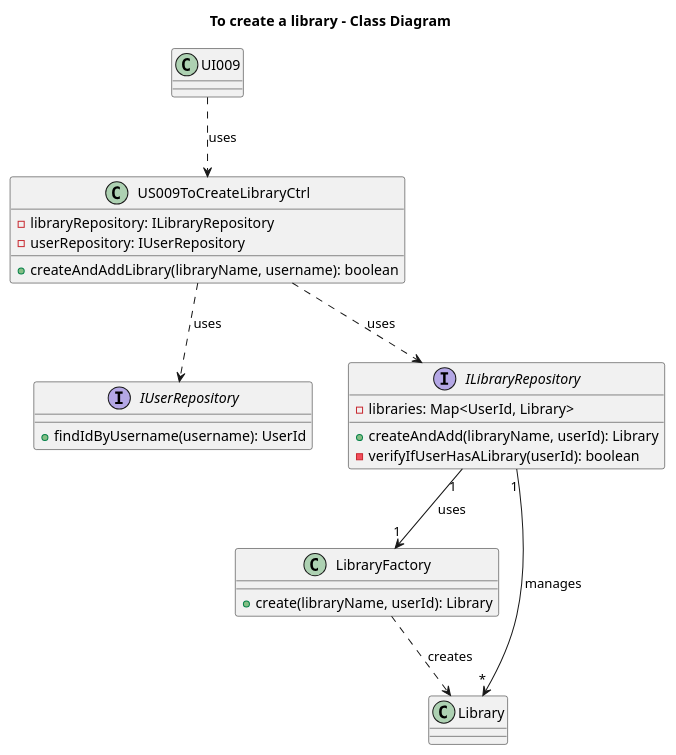
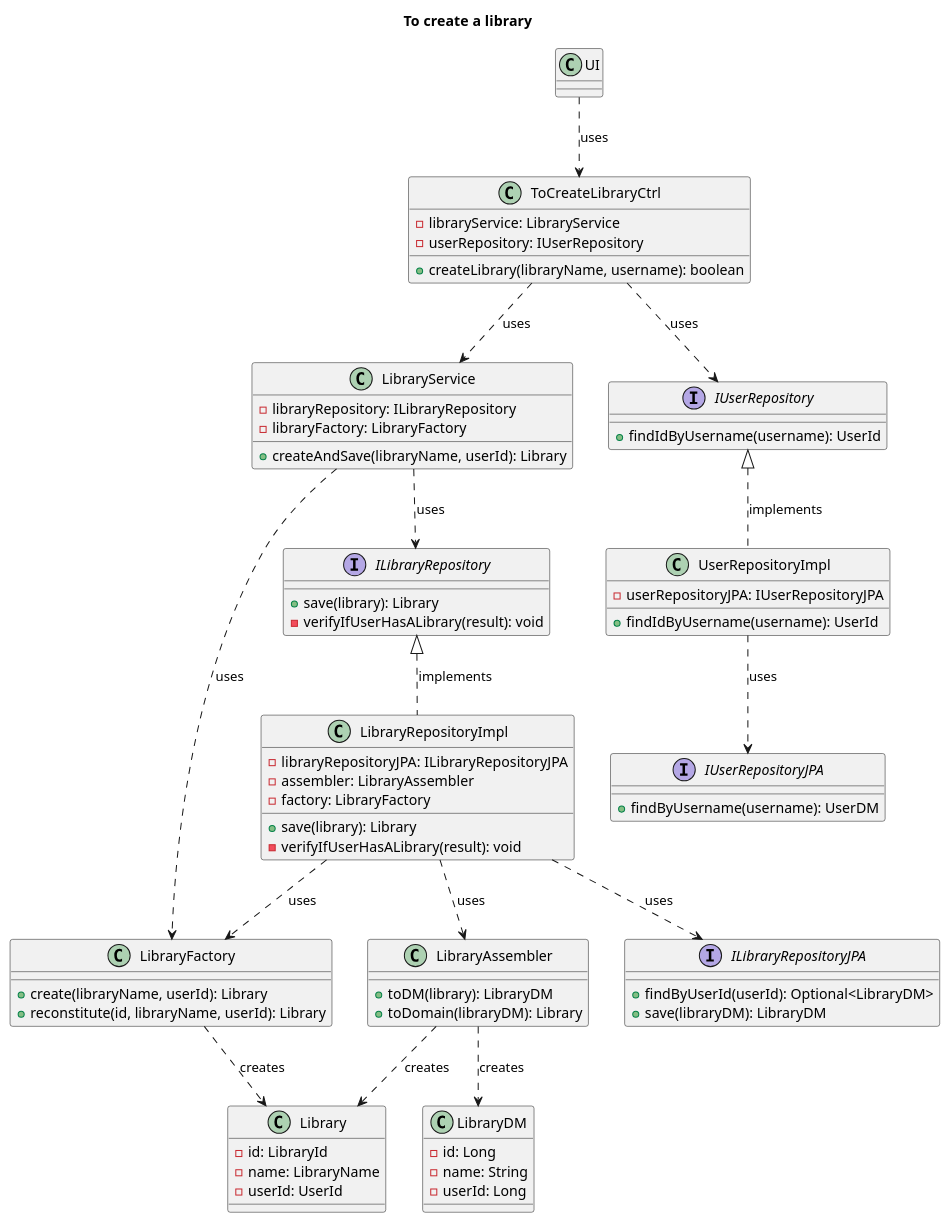
The diagram in Diagrams/ClassDiagrams/To-create-a-library.puml (AndrePereiraGitH/SWitCH-Project-Team_A), drawn with PlantUML before and after one commit. The commit also changed 6 other files, not shown here.

Commit message:
docs #651: restructure functionality To-Create-Library sequence diagrams and update class diagram Update to include persistence

```diff
--- a/Diagrams/ClassDiagrams/To-create-a-library.puml
+++ b/Diagrams/ClassDiagrams/To-create-a-library.puml
@@ -1,43 +1,88 @@
 @startuml
-title To create a library - Class Diagram
+title To create a library
 
-
-class UI009 {
+class UI {
 }
 
+class ToCreateLibraryCtrl {
+    - libraryService: LibraryService
+    - userRepository: IUserRepository
+    + createLibrary(libraryName, username): boolean
+}
 
-class US009ToCreateLibraryCtrl {
+class LibraryService {
     - libraryRepository: ILibraryRepository
-    - userRepository: IUserRepository
-    + createAndAddLibrary(libraryName, username): boolean
+    - libraryFactory: LibraryFactory
+    + createAndSave(libraryName, userId): Library
 }
 
 interface IUserRepository {
     + findIdByUsername(username): UserId
 }
 
-interface ILibraryRepository {
-    - libraries: Map<UserId, Library>
-    + createAndAdd(libraryName, userId): Library
-    - verifyIfUserHasALibrary(userId): boolean
+class UserRepositoryImpl {
+    - userRepositoryJPA: IUserRepositoryJPA
+    + findIdByUsername(username): UserId
 }
 
+interface IUserRepositoryJPA {
+    + findByUsername(username): UserDM
+}
+
+interface ILibraryRepository {
+    + save(library): Library
+    - verifyIfUserHasALibrary(result): void
+}
+
+class LibraryRepositoryImpl {
+    - libraryRepositoryJPA: ILibraryRepositoryJPA
+    - assembler: LibraryAssembler
+    - factory: LibraryFactory
+    + save(library): Library
+    - verifyIfUserHasALibrary(result): void
+}
+
+interface ILibraryRepositoryJPA {
+    + findByUserId(userId): Optional<LibraryDM>
+    + save(libraryDM): LibraryDM
+}
+
+class LibraryAssembler {
+    + toDM(library): LibraryDM
+    + toDomain(libraryDM): Library
+}
 
 class LibraryFactory {
     + create(libraryName, userId): Library
+    + reconstitute(id, libraryName, userId): Library
 }
 
-
 class Library {
+    - id: LibraryId
+    - name: LibraryName
+    - userId: UserId
 }
 
+class LibraryDM {
+    - id: Long
+    - name: String
+    - userId: Long
+}
 
 ' Relationships
-UI009 ..> US009ToCreateLibraryCtrl: uses
-US009ToCreateLibraryCtrl ..> IUserRepository: uses
-US009ToCreateLibraryCtrl ..> ILibraryRepository: uses
-ILibraryRepository "1" --> "1" LibraryFactory: uses
-ILibraryRepository "1" --> "*" Library: manages
+UI ..> ToCreateLibraryCtrl: uses
+ToCreateLibraryCtrl ..> LibraryService: uses
+ToCreateLibraryCtrl ..> IUserRepository: uses
+IUserRepository <|.. UserRepositoryImpl: implements
+UserRepositoryImpl ..> IUserRepositoryJPA: uses
+LibraryService ..> ILibraryRepository: uses
+LibraryService ..> LibraryFactory: uses
+ILibraryRepository <|.. LibraryRepositoryImpl: implements
+LibraryRepositoryImpl ..> ILibraryRepositoryJPA: uses
+LibraryRepositoryImpl ..> LibraryAssembler: uses
+LibraryRepositoryImpl ..> LibraryFactory: uses
+LibraryAssembler ..> LibraryDM: creates
+LibraryAssembler ..> Library: creates
 LibraryFactory ..> Library: creates
 
 @enduml
```
